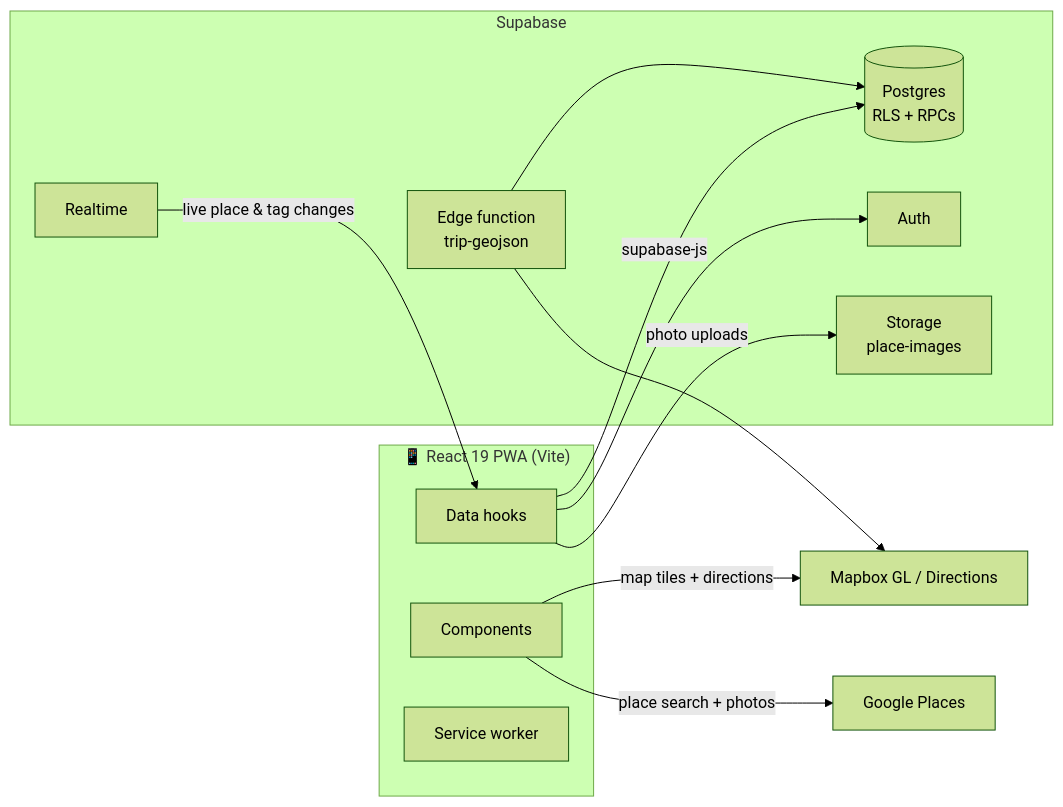
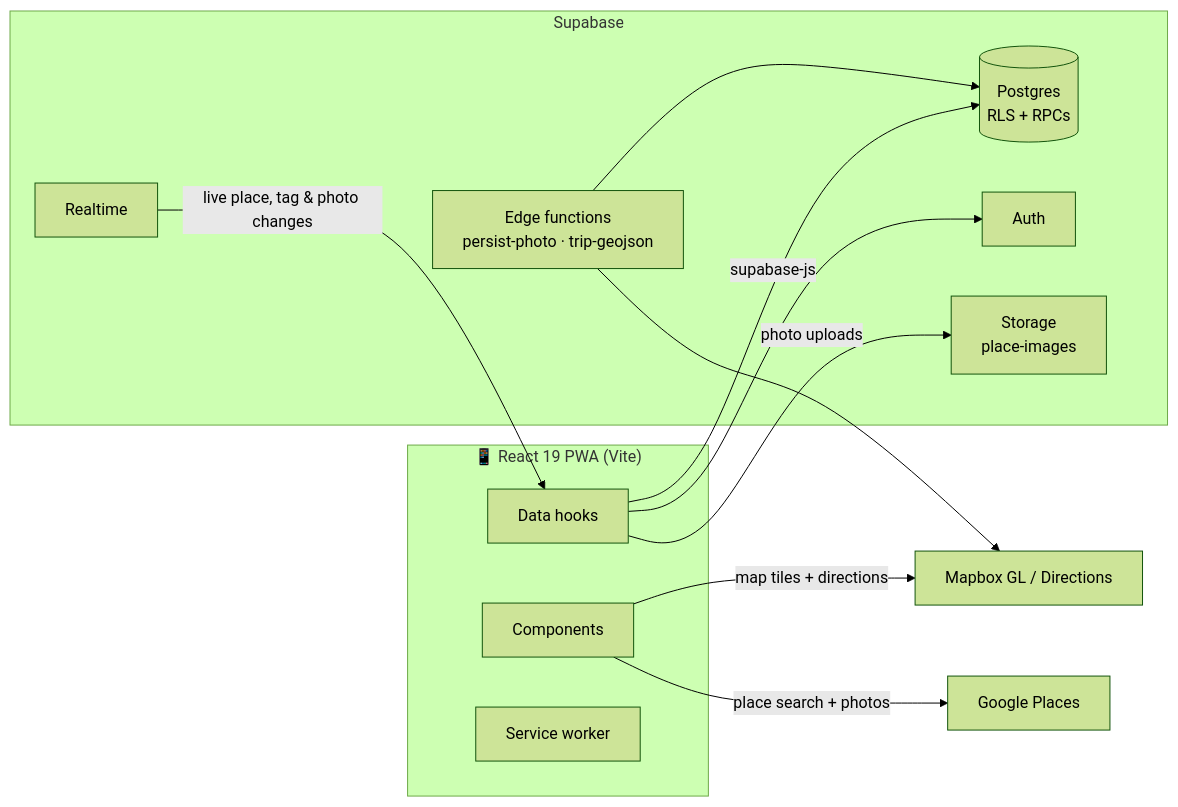
One commit to thkleinert/cairn changed the diagram in README.md. Above: the diagram before and after it, drawn with Mermaid (forest theme). The commit also changed other lines of this file and 1 other file, not shown here.

````diff
--- a/README.md
+++ b/README.md
@@ -188,23 +204,23 @@
 ```mermaid
 flowchart LR
     subgraph Client["📱 React 19 PWA (Vite)"]
         UI[Components]
         Hooks[Data hooks]
         SW[Service worker]
     end
     subgraph Supabase
         PG[(Postgres<br/>RLS + RPCs)]
         Auth[Auth]
         RT[Realtime]
         ST[Storage<br/>place-images]
-        EF[Edge function<br/>trip-geojson]
+        EF[Edge functions<br/>persist-photo · trip-geojson]
     end
     Hooks -->|supabase-js| PG
     Hooks --> Auth
-    RT -->|live place & tag changes| Hooks
+    RT -->|live place, tag & photo changes| Hooks
     Hooks -->|photo uploads| ST
     UI -->|map tiles + directions| MB[Mapbox GL / Directions]
     UI -->|place search + photos| GP[Google Places]
     EF --> PG
     EF --> MB
 ```
````
